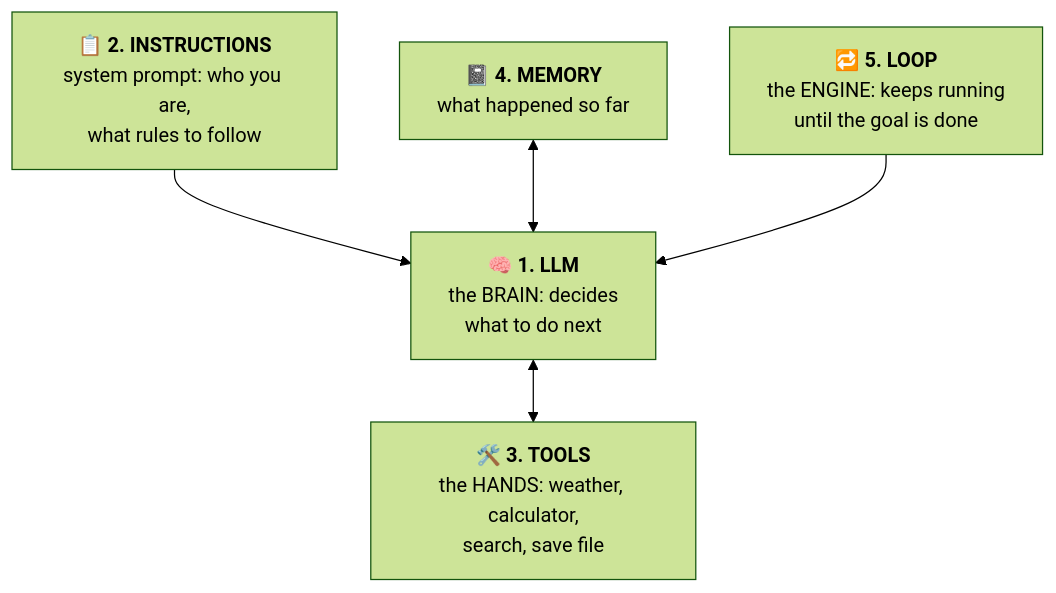
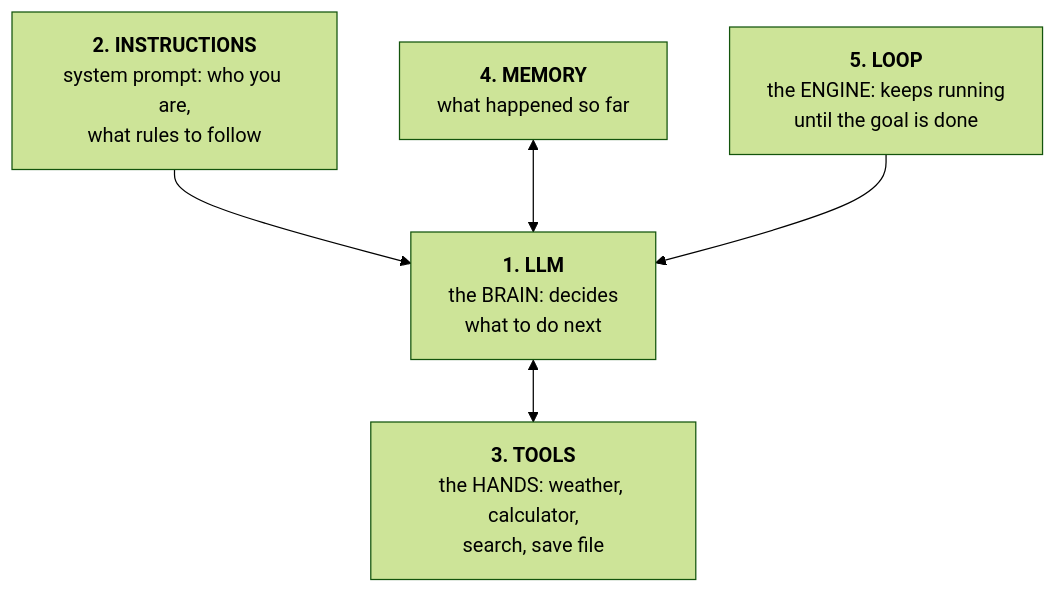
One commit to anandgaur22/ai-agent-python-demo changed the fifth of 36 diagrams in README.md. Above: the diagram before and after it, drawn with Mermaid (forest theme). The commit also changed other lines of this file, not shown here.

````diff
--- a/README.md
+++ b/README.md
@@ -171,12 +169,12 @@
 ```mermaid
 flowchart TB
-  I["📋 <b>2. INSTRUCTIONS</b><br/>system prompt: who you are,<br/>what rules to follow"]
-  LLM["🧠 <b>1. LLM</b><br/>the BRAIN: decides<br/>what to do next"]
-  M["📓 <b>4. MEMORY</b><br/>what happened so far"]
-  T["🛠️ <b>3. TOOLS</b><br/>the HANDS: weather, calculator,<br/>search, save file"]
-  L["🔁 <b>5. LOOP</b><br/>the ENGINE: keeps running<br/>until the goal is done"]
+  I["<b>2. INSTRUCTIONS</b><br/>system prompt: who you are,<br/>what rules to follow"]
+  LLM["<b>1. LLM</b><br/>the BRAIN: decides<br/>what to do next"]
+  M["<b>4. MEMORY</b><br/>what happened so far"]
+  T["<b>3. TOOLS</b><br/>the HANDS: weather, calculator,<br/>search, save file"]
+  L["<b>5. LOOP</b><br/>the ENGINE: keeps running<br/>until the goal is done"]
   I --> LLM
   M <--> LLM
   LLM <--> T
   L --> LLM
 ```
````
